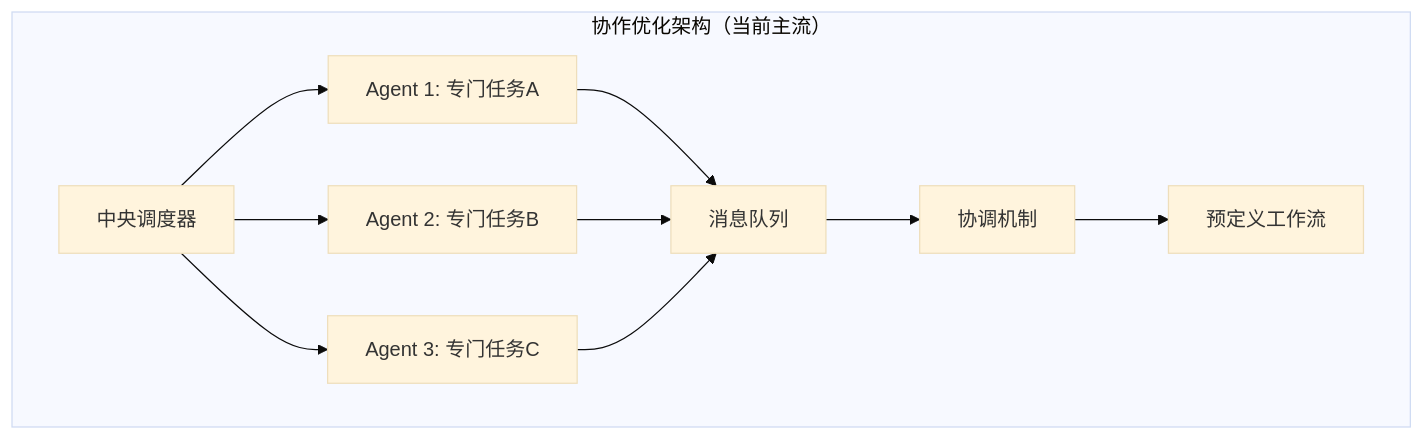
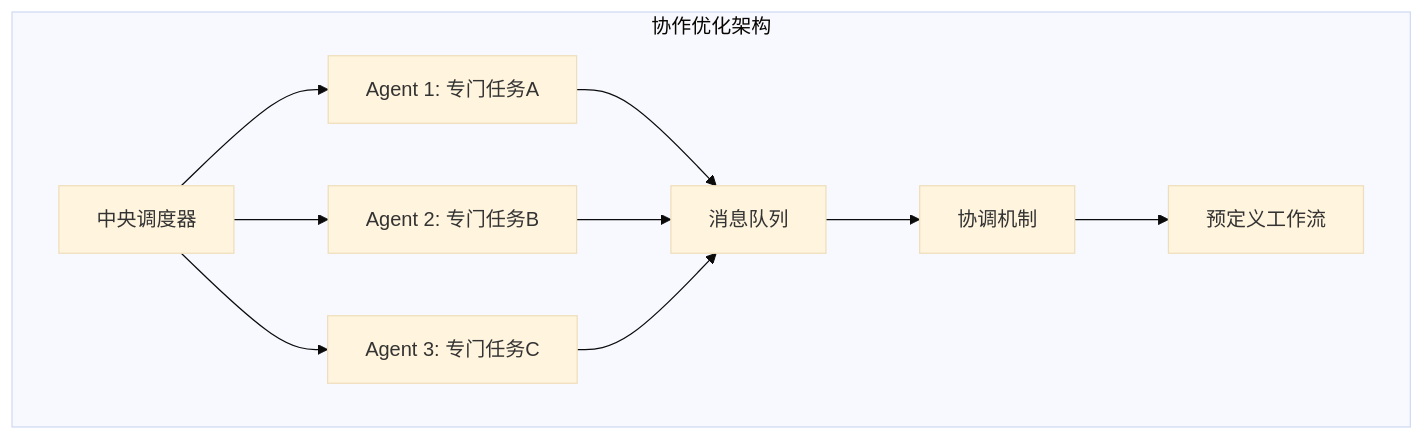
The eighth of 19 diagrams in 前言部分/Agentic_AI：通向AGI应用的关键前站与智能涌现之路.md (youyoude/agi-app-dev-guide-book), drawn with Mermaid (base theme) before and after one commit. The commit also changed other lines of this file, not shown here.

````diff
--- a/前言部分/Agentic_AI：通向AGI应用的关键前站与智能涌现之路.md
+++ b/前言部分/Agentic_AI：通向AGI应用的关键前站与智能涌现之路.md
@@ -490,21 +490,21 @@
 ```mermaid
 graph TB
-    subgraph "协作优化架构（当前主流）"
+    subgraph "协作优化架构"
         A[中央调度器]
         B[Agent 1: 专门任务A]
         C[Agent 2: 专门任务B] 
         D[Agent 3: 专门任务C]
         E[消息队列]
         F[协调机制]
         G[预定义工作流]
     end
     
     A --> B
     A --> C  
     A --> D
     B --> E
     C --> E
     D --> E
     E --> F
     F --> G
 ```
````
